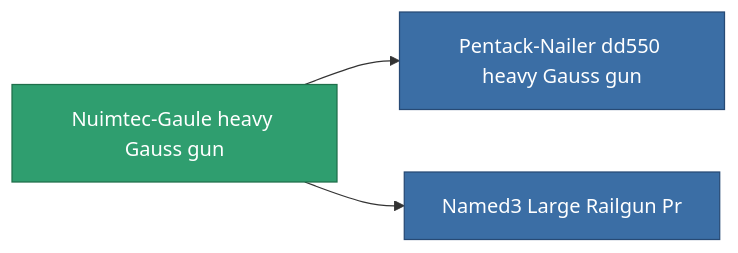
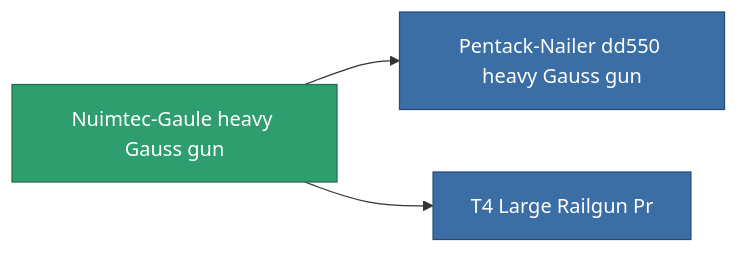
One commit to OpenPerpetuum/Wiki changed the diagram in content/content/items/named2_large_railgun.md. Above: the diagram before and after it, drawn with Mermaid. The commit also changed other lines of this file and 4904 other files, not shown here.

````diff
--- a/content/content/items/named2_large_railgun.md
+++ b/content/content/items/named2_large_railgun.md
@@ -76,13 +54,13 @@
 ```mermaid
 graph LR
     a["Nuimtec-Gaule heavy Gauss gun"]:::current
     b["Pentack-Nailer dd550 heavy Gauss gun"]:::prod
     a --> b
     click b "/content/items/named3-large-railgun/" "Pentack-Nailer dd550 heavy Gauss gun"
-    c["Named3 Large Railgun Pr"]:::prod
+    c["T4 Large Railgun Pr"]:::prod
     a --> c
-    click c "/content/items/named3-large-railgun-pr/" "Named3 Large Railgun Pr"
+    click c "/content/items/named3-large-railgun-pr/" "T4 Large Railgun Pr"
     classDef current fill:#2f9e6f,stroke:#1f6f4a,color:#ffffff
     classDef prod fill:#3b6ea5,stroke:#274a75,color:#ffffff
     classDef more fill:#39445a,stroke:#54658a,color:#d5dbe8
 ```
````
